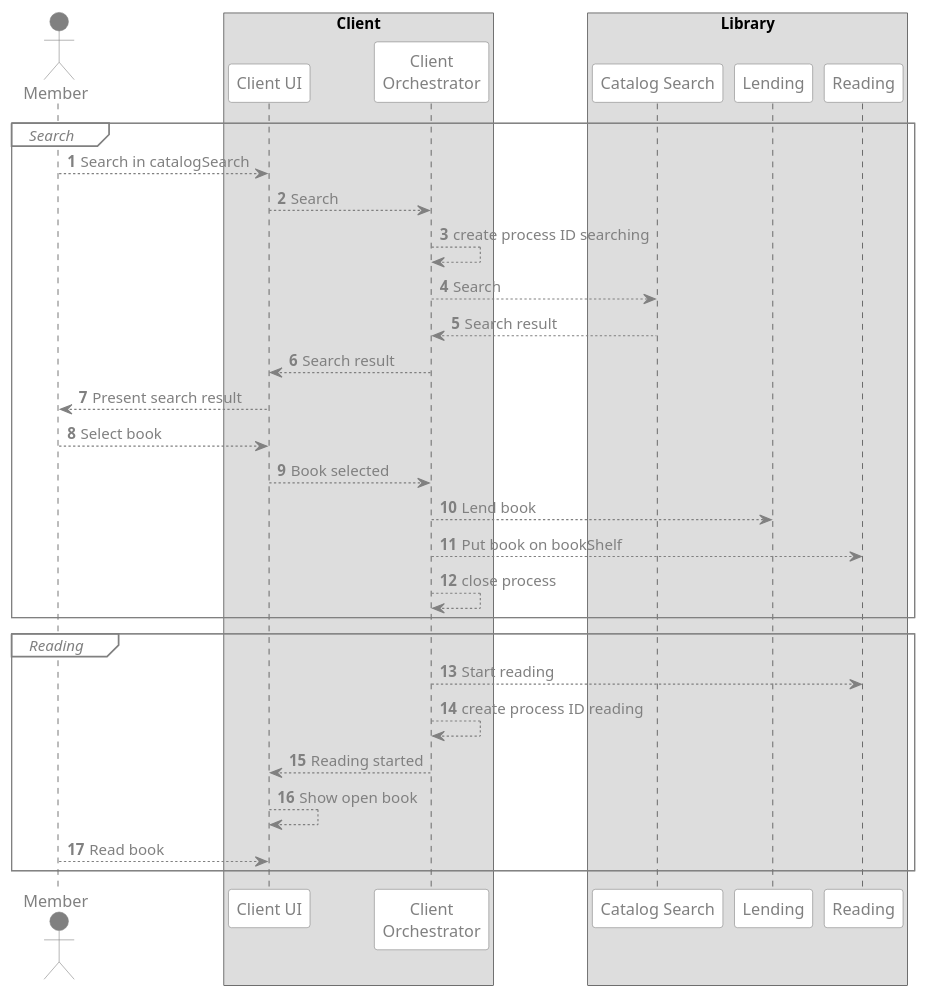
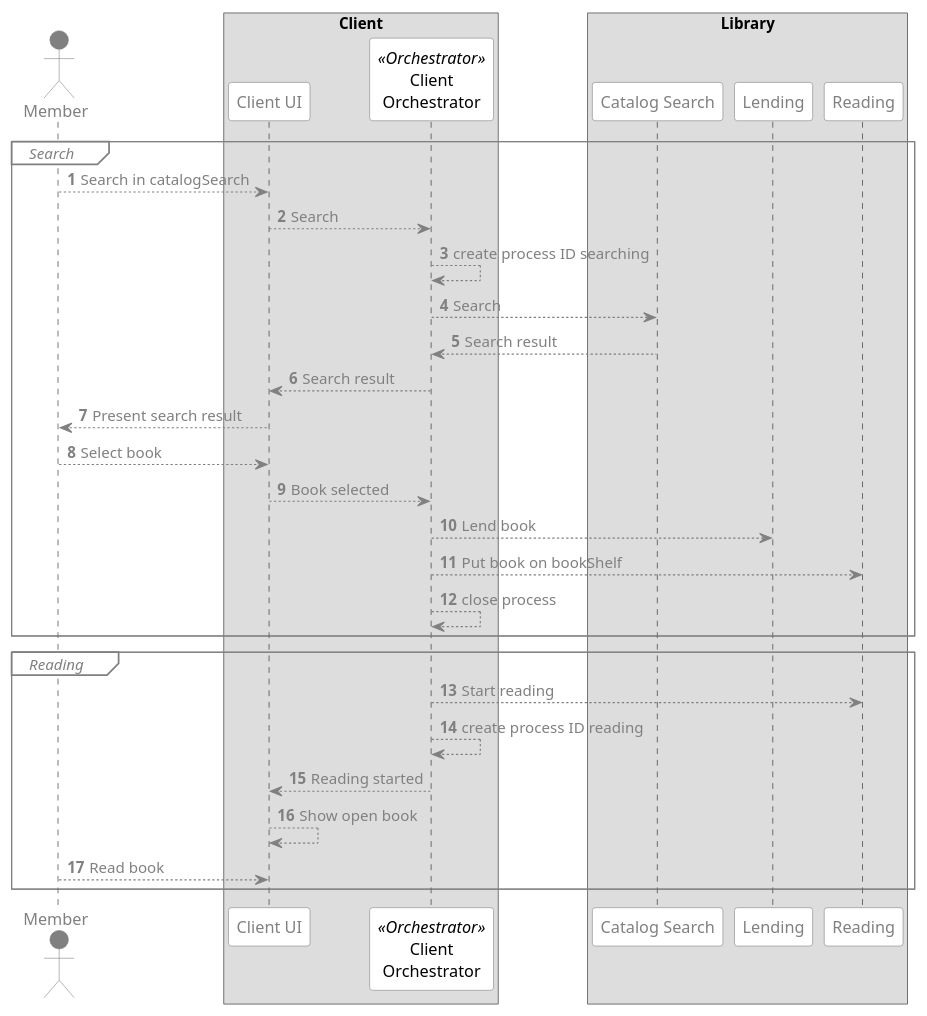
Before and after one commit to Grinseteddy/MasteringDdd: the diagram in TacticalDesign/Library/Orchestrator.puml, drawn with PlantUML. The commit also changed 3 other files, not shown here.

```diff
--- a/TacticalDesign/Library/Orchestrator.puml
+++ b/TacticalDesign/Library/Orchestrator.puml
@@ -1,76 +1,78 @@
 @startuml
 'https://plantuml.com/sequence-diagram
 
 autonumber
 skinparam arrow {
     fontcolor grey
     color grey
 }
 
 skinparam participant {
     backgroundcolor white
     fontcolor grey
     bordercolor grey
+
+    fontcolor<<Orchestrator>> black
 }
 
 skinparam actor {
     backgroundcolor grey
     fontcolor grey
     bordercolor grey
 }
 
 <style>
 sequenceDiagram {
   group {
     FontStyle italic
     LineThickness 1
     LineColor grey
   }
   groupHeader {
     FontStyle italic
     FontColor grey
     BackGroundColor white
     LineColor grey
   }
 }
 </style>
 
 actor "Member" as member
 
 box Client
 participant "Client UI" as clientUi
-participant "Client\nOrchestrator" as clientOrchestrator
+participant "Client\nOrchestrator" as clientOrchestrator <<Orchestrator>>
 
 box Library
 participant "Catalog Search" as catalogSearch
 participant "Lending" as lending
 participant "Reading" as reading
 
 group Search
 member --> clientUi : Search in catalogSearch
 clientUi --> clientOrchestrator : Search
 clientOrchestrator --> clientOrchestrator : create process ID searching
 clientOrchestrator --> catalogSearch : Search
 
 catalogSearch --> clientOrchestrator : Search result
 clientOrchestrator --> clientUi : Search result
 clientUi --> member : Present search result
 
 member --> clientUi : Select book
 clientUi --> clientOrchestrator : Book selected
 clientOrchestrator --> lending : Lend book
 clientOrchestrator --> reading : Put book on bookShelf
 clientOrchestrator --> clientOrchestrator: close process
 end group
 group Reading
 clientOrchestrator --> reading : Start reading
 clientOrchestrator --> clientOrchestrator: create process ID reading
 clientOrchestrator --> clientUi : Reading started
 clientUi --> clientUi : Show open book
 member --> clientUi : Read book
 end group
 
 
 
 
 @enduml
```
